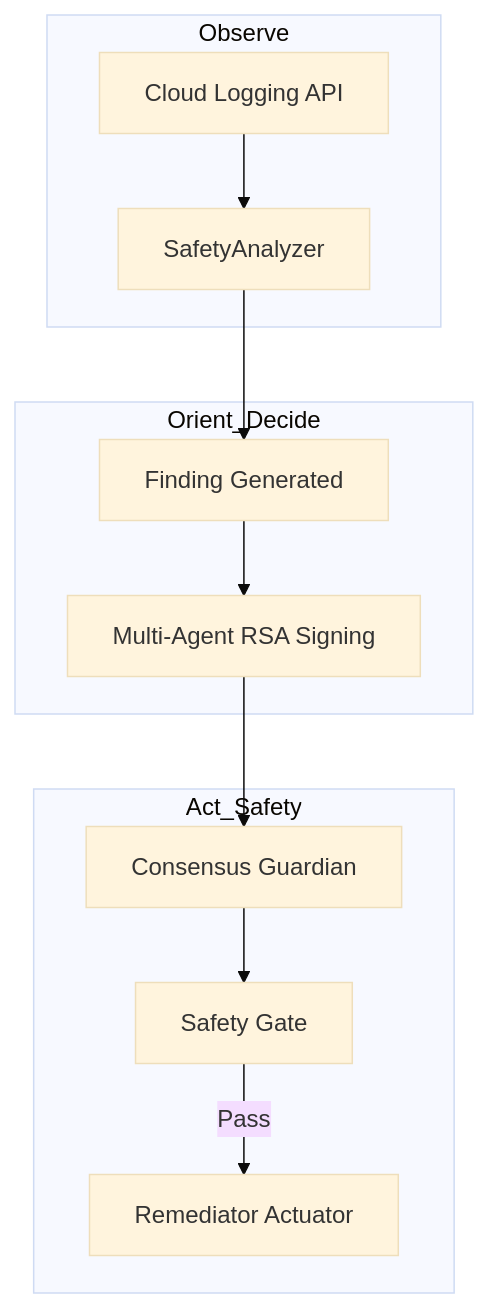
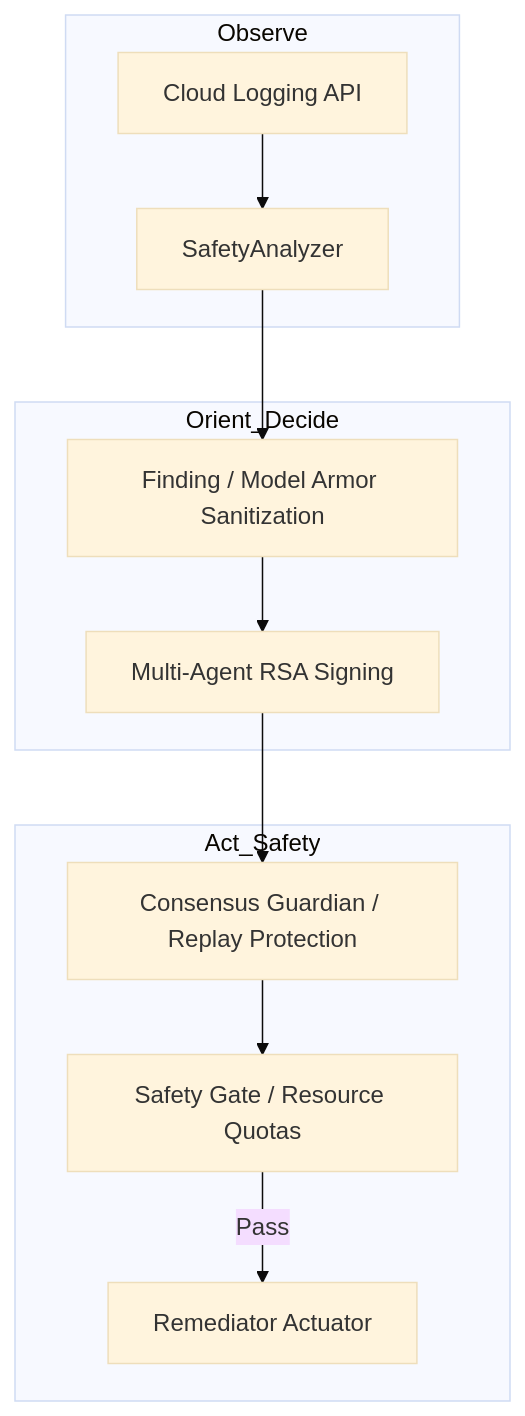
One commit to anandkrshnn-ai/gcp-qe-architecture changed the diagram in README.md. Above: the diagram before and after it, drawn with Mermaid (base theme). The commit also changed other lines of this file, not shown here.

````diff
--- a/README.md
+++ b/README.md
@@ -26,17 +31,17 @@
 ```mermaid
 graph TD
     subgraph Observe
         A[Cloud Logging API] --> B[SafetyAnalyzer]
     end
 
     subgraph Orient_Decide
-        B --> D[Finding Generated]
+        B --> D[Finding / Model Armor Sanitization]
         D --> E[Multi-Agent RSA Signing]
     end
 
     subgraph Act_Safety
-        E --> F[Consensus Guardian]
-        F --> G[Safety Gate]
+        E --> F[Consensus Guardian / Replay Protection]
+        F --> G[Safety Gate / Resource Quotas]
         G -->|Pass| H[Remediator Actuator]
     end
 ```
````
